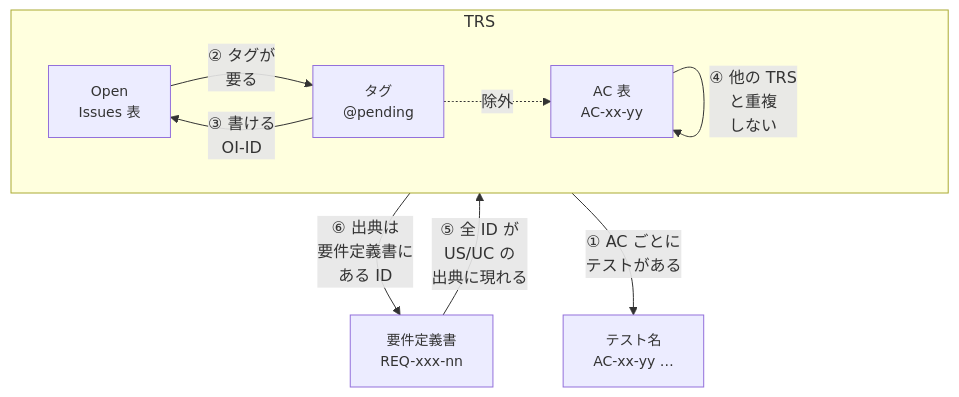
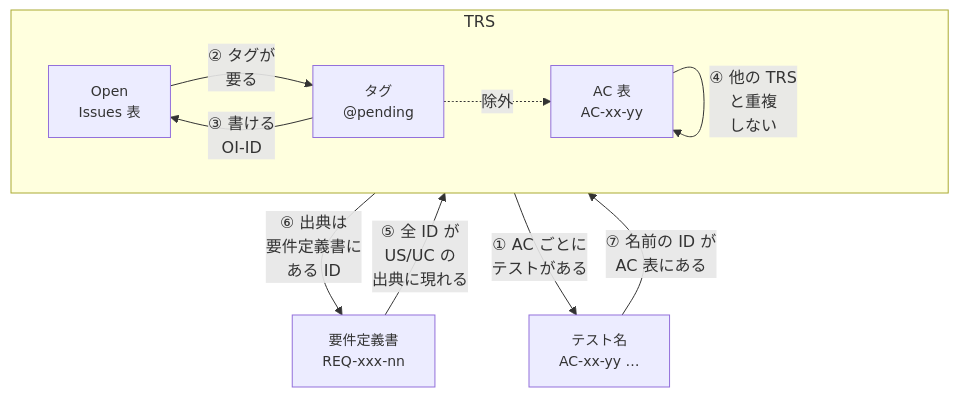
The second of 4 diagrams in docs/testing/03-trs-guideline.md (toshio-shiratori/harness-test-strategy), drawn with Mermaid before and after one commit. The commit also changed other lines of this file and 8 other files, not shown here.

````diff
--- a/docs/testing/03-trs-guideline.md
+++ b/docs/testing/03-trs-guideline.md
@@ -142,19 +196,20 @@
 ```mermaid
 flowchart TB
   classDef default font-size:14px
   R["要件定義書<br/>REQ-xxx-nn"]
   subgraph TRS["TRS"]
     direction LR
     OI["Open<br/>Issues 表"]
     TAG["タグ<br/>@pending"]
     AC["AC 表<br/>AC-xx-yy"]
     OI -->|"② タグが<br/>要る"| TAG
     TAG -->|"③ 書ける<br/>OI-ID"| OI
     TAG -.->|"除外"| AC
     AC -->|"④ 他の TRS<br/>と重複<br/>しない"| AC
   end
   T["テスト名<br/>AC-xx-yy …"]
   R -->|"⑤ 全 ID が<br/>US/UC の<br/>出典に現れる"| TRS
   TRS -->|"⑥ 出典は<br/>要件定義書に<br/>ある ID"| R
   TRS -->|"① AC ごとに<br/>テストがある"| T
+  T -->|"⑦ 名前の ID が<br/>AC 表にある"| TRS
 ```
````
